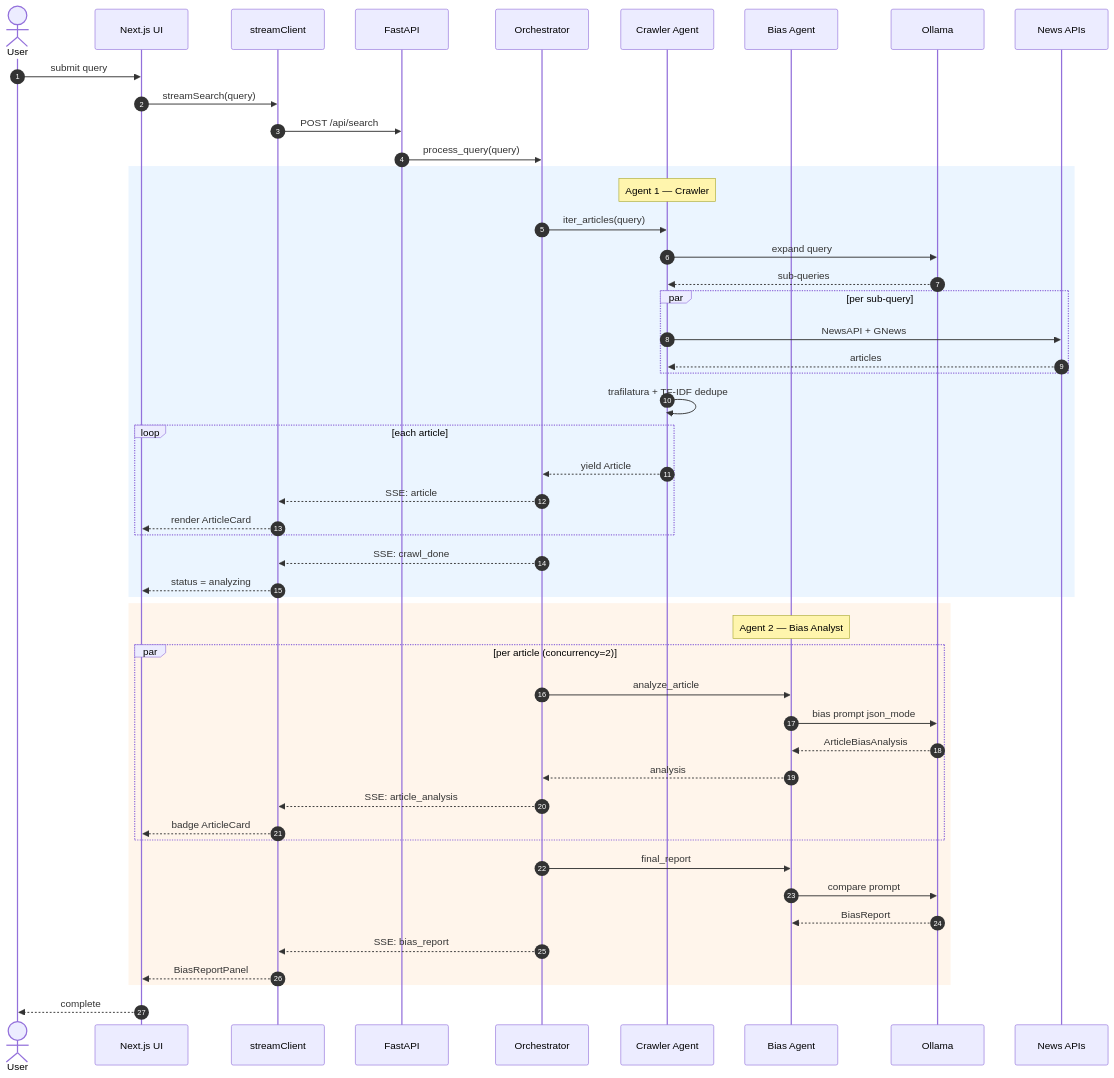
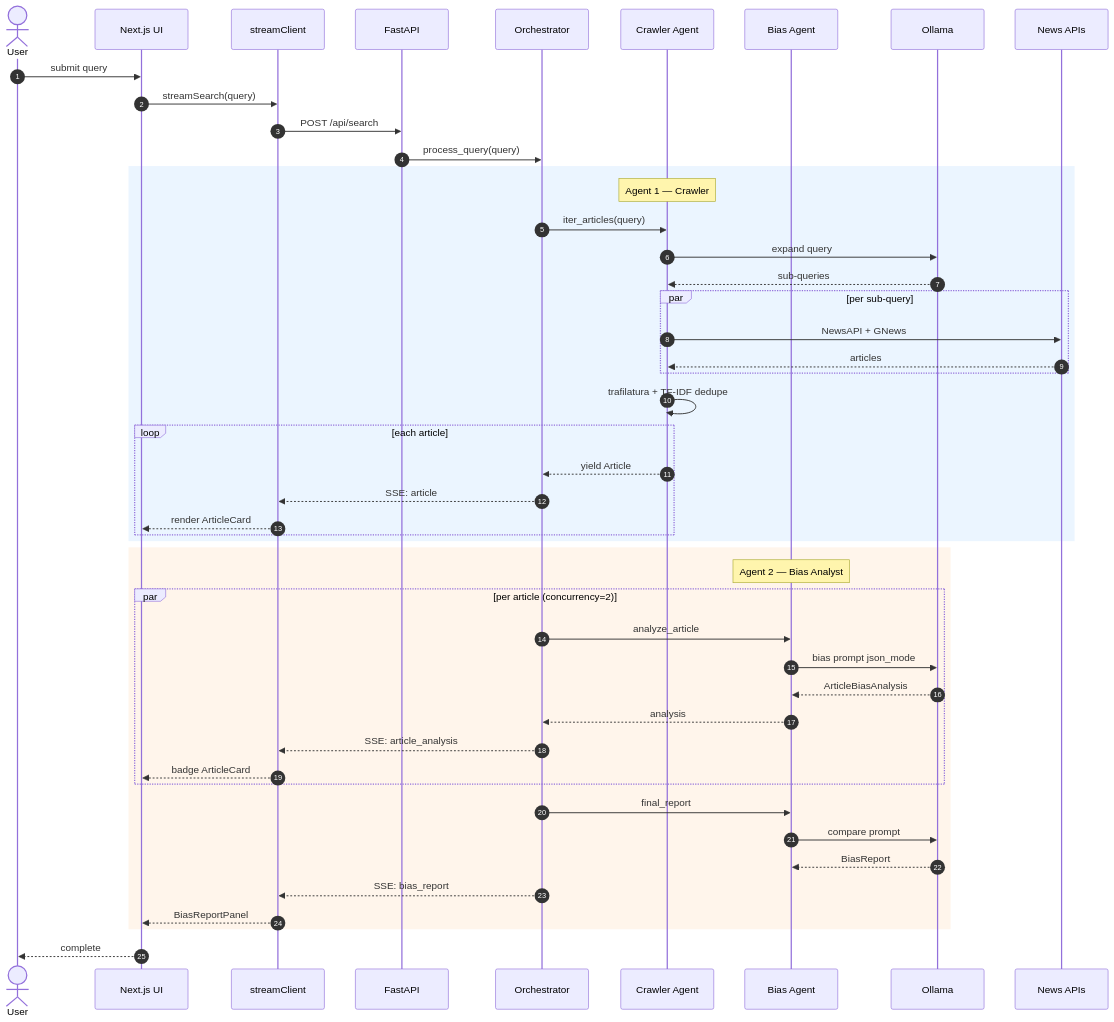
The third of 5 diagrams in docs/ARCHITECTURE_UML.md (floron1337/the-lighthouse-project), drawn with Mermaid before and after one commit. The commit also changed other lines of this file and 3 other files, not shown here.

````diff
--- a/docs/ARCHITECTURE_UML.md
+++ b/docs/ARCHITECTURE_UML.md
@@ -155,56 +155,54 @@
 ```mermaid
 sequenceDiagram
   autonumber
   actor User
   participant UI as Next.js UI
   participant SC as streamClient
   participant API as FastAPI
   participant ORCH as Orchestrator
   participant A1 as Crawler Agent
   participant A2 as Bias Agent
   participant LLM as Ollama
   participant SRC as News APIs
 
   User->>UI: submit query
   UI->>SC: streamSearch(query)
   SC->>API: POST /api/search
   API->>ORCH: process_query(query)
 
   rect rgb(235,245,255)
     Note over A1: Agent 1 — Crawler
     ORCH->>A1: iter_articles(query)
     A1->>LLM: expand query
     LLM-->>A1: sub-queries
     par per sub-query
       A1->>SRC: NewsAPI + GNews
       SRC-->>A1: articles
     end
     A1->>A1: trafilatura + TF-IDF dedupe
     loop each article
       A1-->>ORCH: yield Article
       ORCH-->>SC: SSE: article
       SC-->>UI: render ArticleCard
     end
-    ORCH-->>SC: SSE: crawl_done
-    SC-->>UI: status = analyzing
   end
 
   rect rgb(255,245,235)
     Note over A2: Agent 2 — Bias Analyst
     par per article (concurrency=2)
       ORCH->>A2: analyze_article
       A2->>LLM: bias prompt json_mode
       LLM-->>A2: ArticleBiasAnalysis
       A2-->>ORCH: analysis
       ORCH-->>SC: SSE: article_analysis
       SC-->>UI: badge ArticleCard
     end
     ORCH->>A2: final_report
     A2->>LLM: compare prompt
     LLM-->>A2: BiasReport
     ORCH-->>SC: SSE: bias_report
     SC-->>UI: BiasReportPanel
   end
 
   UI-->>User: complete
 ```
````
